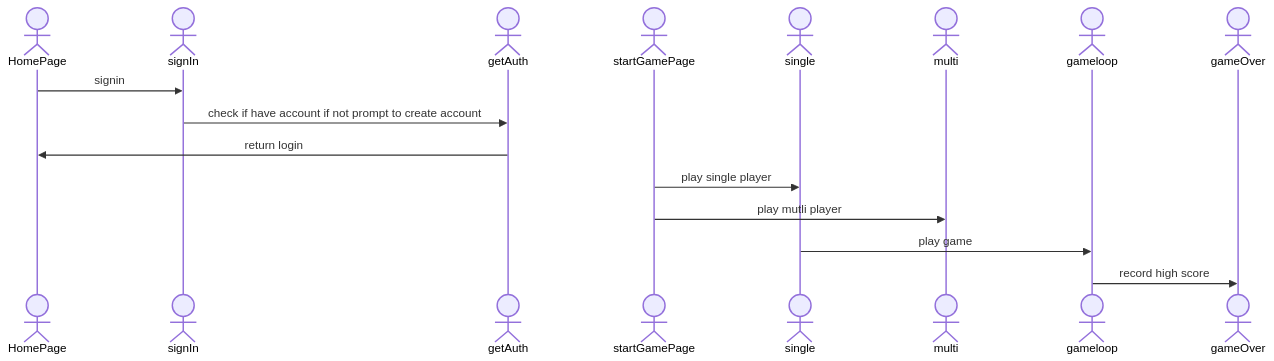
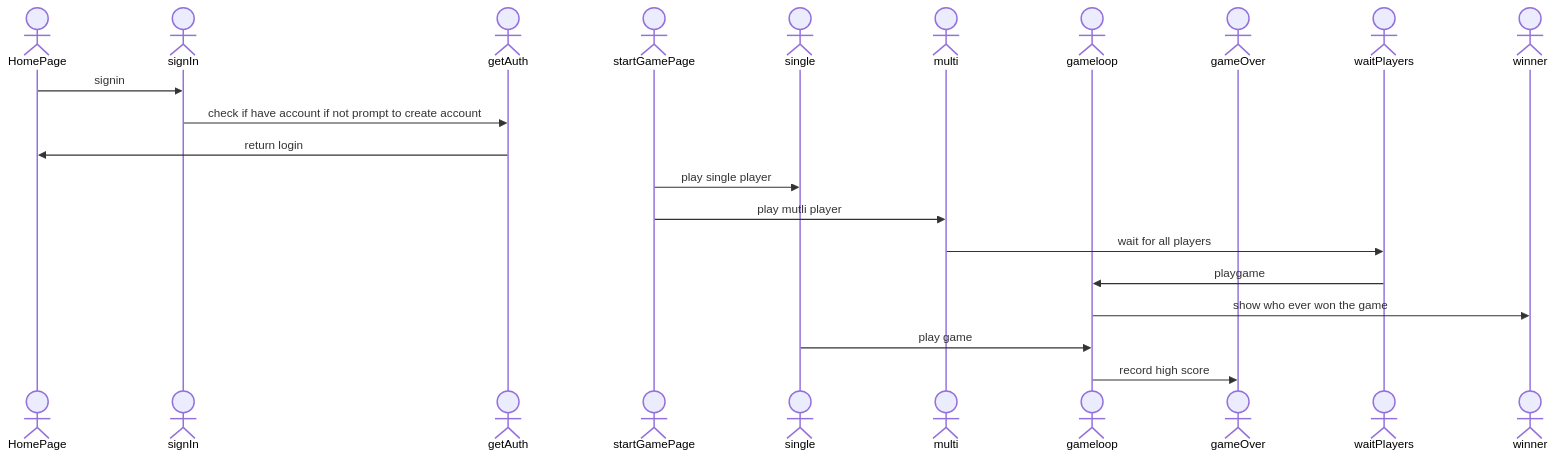
The diagram in README.md (Leaf-life/webProgramming_LC), drawn with Mermaid before and after one commit. The commit also changed other lines of this file, not shown here.

Commit message:
added more sequence diagram will add more later

````diff
--- a/README.md
+++ b/README.md
@@ -23,19 +23,24 @@
 ```mermaid
 sequenceDiagram
     actor HomePage
     actor signIn
     actor getAuth
     actor startGamePage
     actor single
     actor multi
     actor gameloop
     actor gameOver
+    actor waitPlayers
+    actor winner
     HomePage->>signIn: signin
     signIn->>getAuth: check if have account if not prompt to create account
     getAuth->>HomePage: return login
     startGamePage->>single: play single player
     startGamePage->>multi: play mutli player
+    multi->>waitPlayers: wait for all players
+    waitPlayers->>gameloop: playgame
+    gameloop->>winner: show who ever won the game
     single->>gameloop: play game
     gameloop->>gameOver: record high score
 
 ```
````
